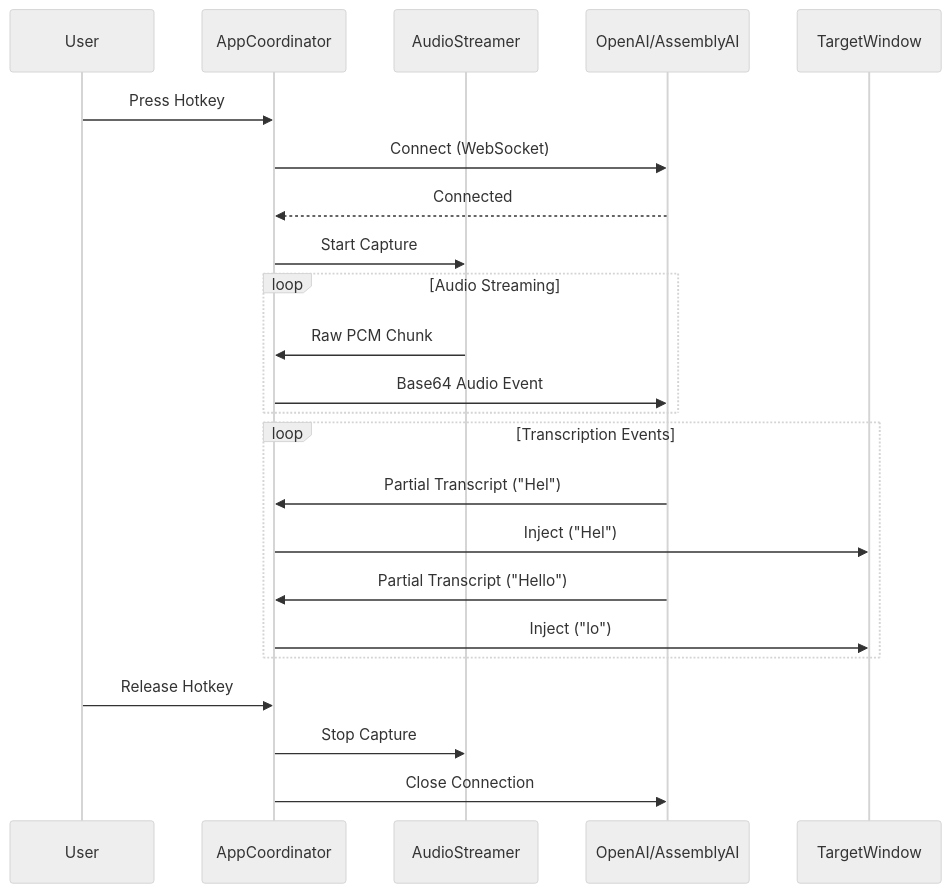
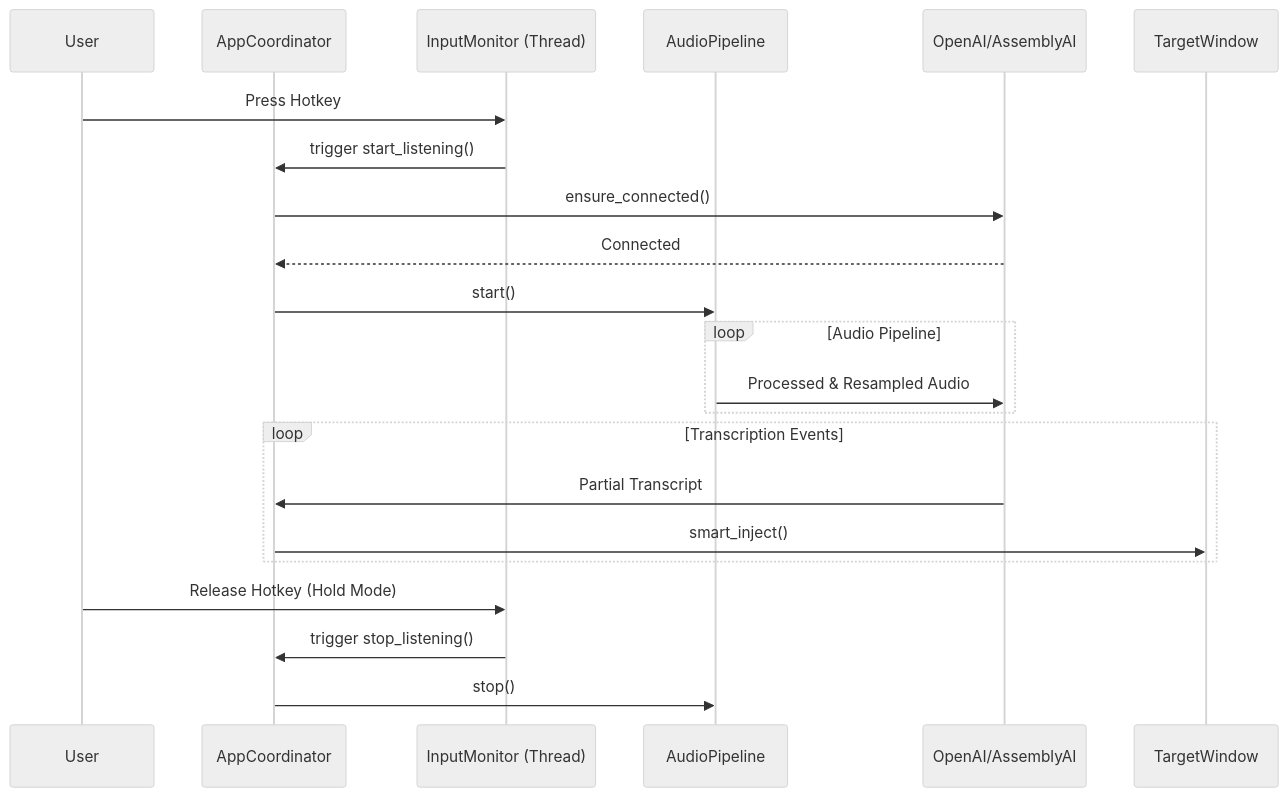
The second of 2 diagrams in architecture.md (Aalwattar/ParrotInk), drawn with Mermaid (neutral theme) before and after one commit. The commit also changed other lines of this file and 2 other files, not shown here.

Commit message:
refactor(core): Implement thread-safe locking in InputMonitor and synchronize documentation

````diff
--- a/architecture.md
+++ b/architecture.md
@@ -119,29 +103,28 @@
 ```mermaid
 sequenceDiagram
     participant User
     participant Main as AppCoordinator
-    participant Audio as AudioStreamer
+    participant Monitor as InputMonitor (Thread)
+    participant Pipe as AudioPipeline
     participant Cloud as OpenAI/AssemblyAI
     participant App as TargetWindow
 
-    User->>Main: Press Hotkey
-    Main->>Cloud: Connect (WebSocket)
+    User->>Monitor: Press Hotkey
+    Monitor->>Main: trigger start_listening()
+    Main->>Cloud: ensure_connected()
     Cloud-->>Main: Connected
-    Main->>Audio: Start Capture
+    Main->>Pipe: start()
     
-    loop Audio Streaming
-        Audio->>Main: Raw PCM Chunk
-        Main->>Cloud: Base64 Audio Event
+    loop Audio Pipeline
+        Pipe->>Cloud: Processed & Resampled Audio
     end
     
     loop Transcription Events
-        Cloud->>Main: Partial Transcript ("Hel")
-        Main->>App: Inject ("Hel")
-        Cloud->>Main: Partial Transcript ("Hello")
-        Main->>App: Inject ("lo")
+        Cloud->>Main: Partial Transcript
+        Main->>App: smart_inject()
     end
     
-    User->>Main: Release Hotkey
-    Main->>Audio: Stop Capture
-    Main->>Cloud: Close Connection
+    User->>Monitor: Release Hotkey (Hold Mode)
+    Monitor->>Main: trigger stop_listening()
+    Main->>Pipe: stop()
 ```
````
